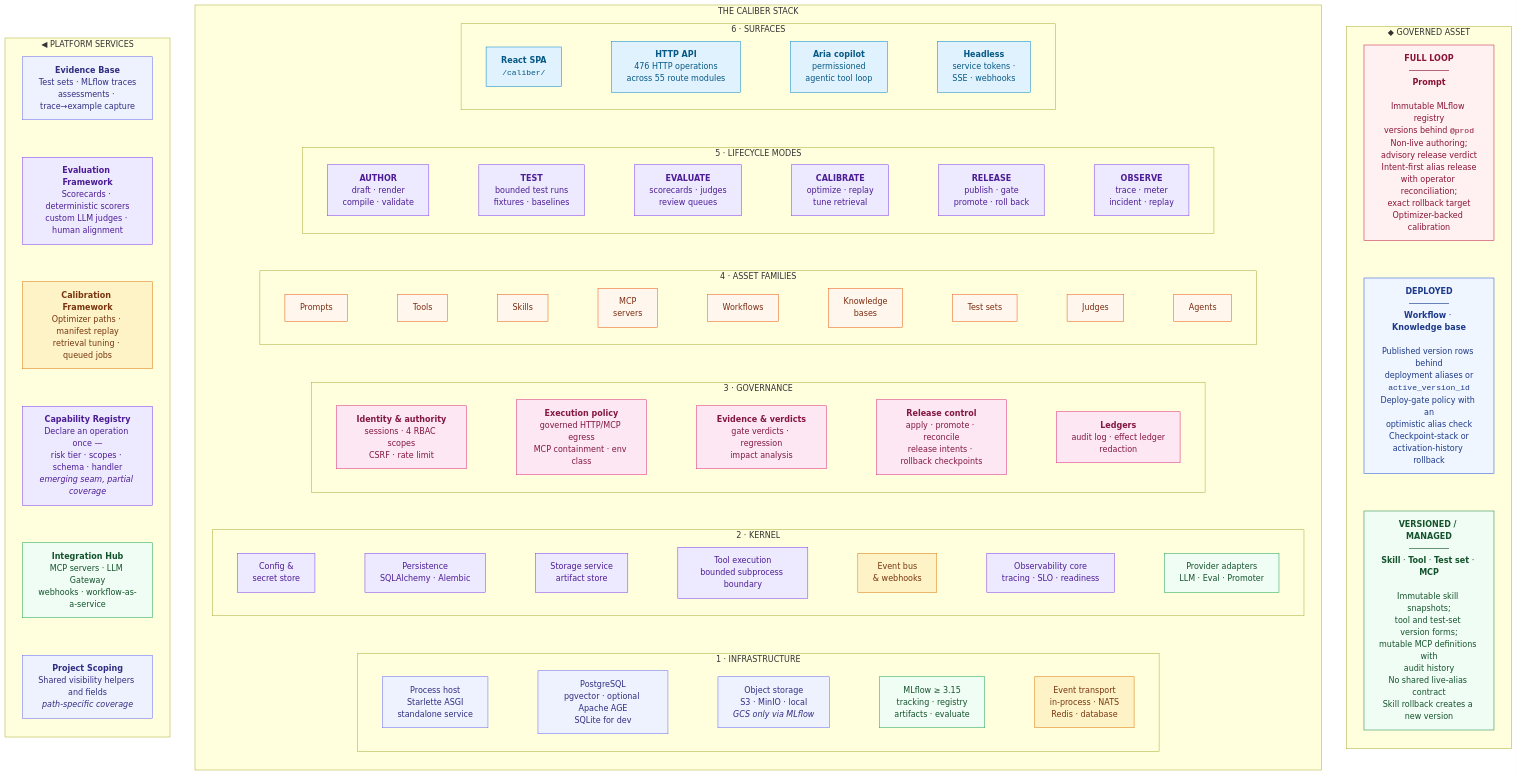
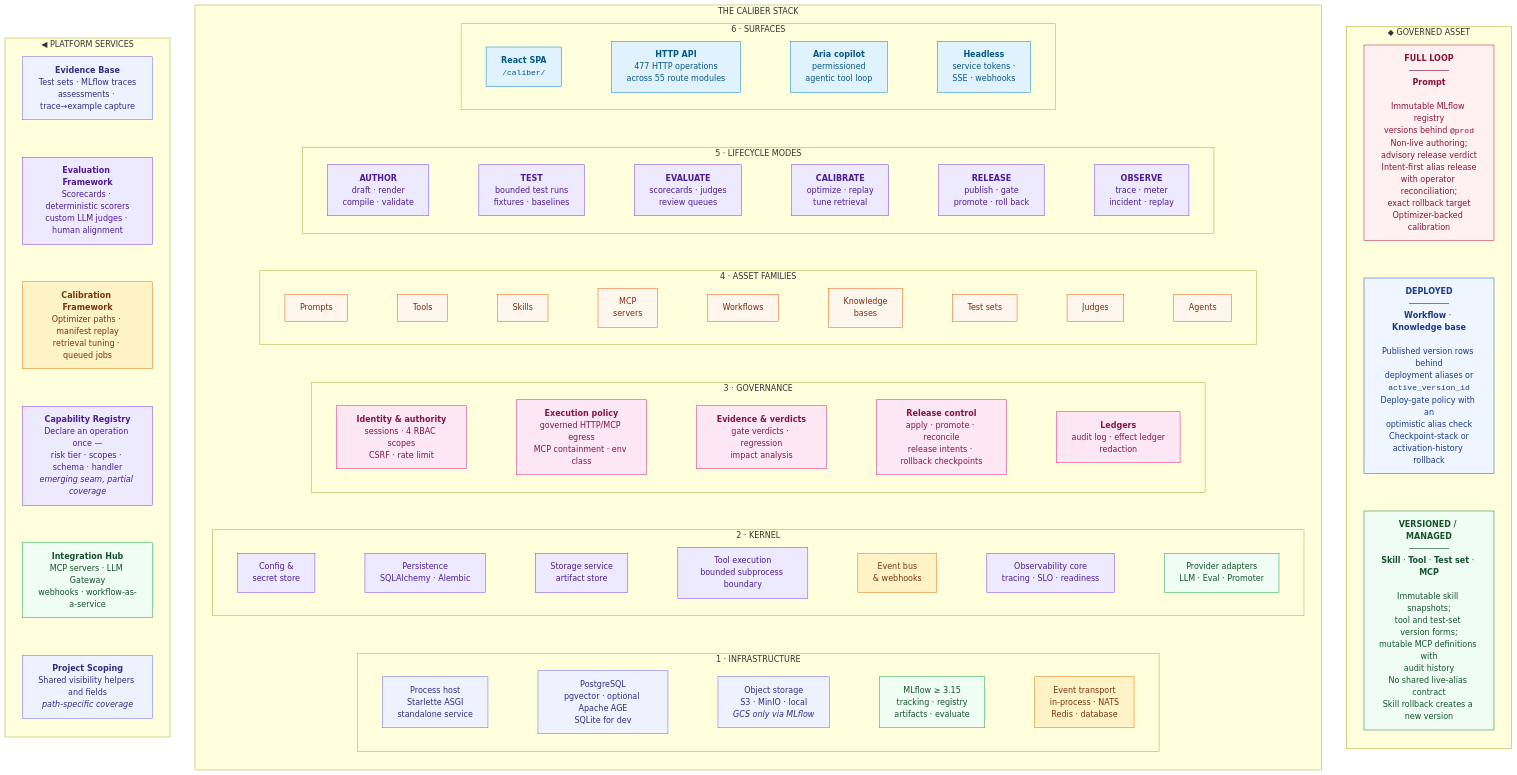
The first of 8 diagrams in ARCHITECTURE.md (rrahimi-uci/caliber-suite), drawn with Mermaid before and after one commit.

Commit message:
docs: ARCHITECTURE.md states 477 HTTP operations (the receipt callback)

```diff
--- a/ARCHITECTURE.md
+++ b/ARCHITECTURE.md
@@ -105,7 +105,7 @@
     subgraph L6["6 · SURFACES"]
       direction LR
       s1["<b>React SPA</b><br/><code>/caliber/</code>"]:::ui
-      s2["<b>HTTP API</b><br/>476 HTTP operations<br/>across 55 route modules"]:::ui
+      s2["<b>HTTP API</b><br/>477 HTTP operations<br/>across 55 route modules"]:::ui
       s3["<b>Aria copilot</b><br/>permissioned<br/>agentic tool loop"]:::ui
       s4["<b>Headless</b><br/>service tokens ·<br/>SSE · webhooks"]:::ui
       s1 --- s2 --- s3 --- s4
```
